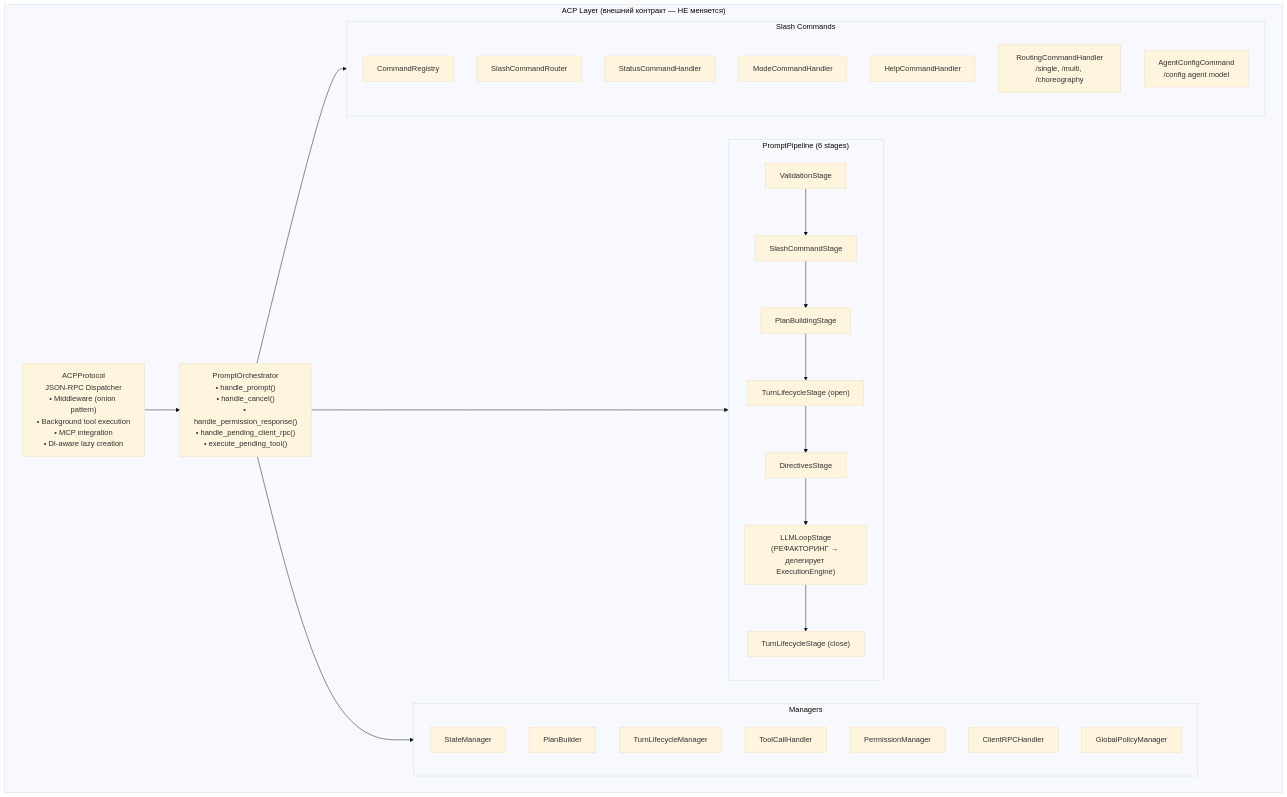
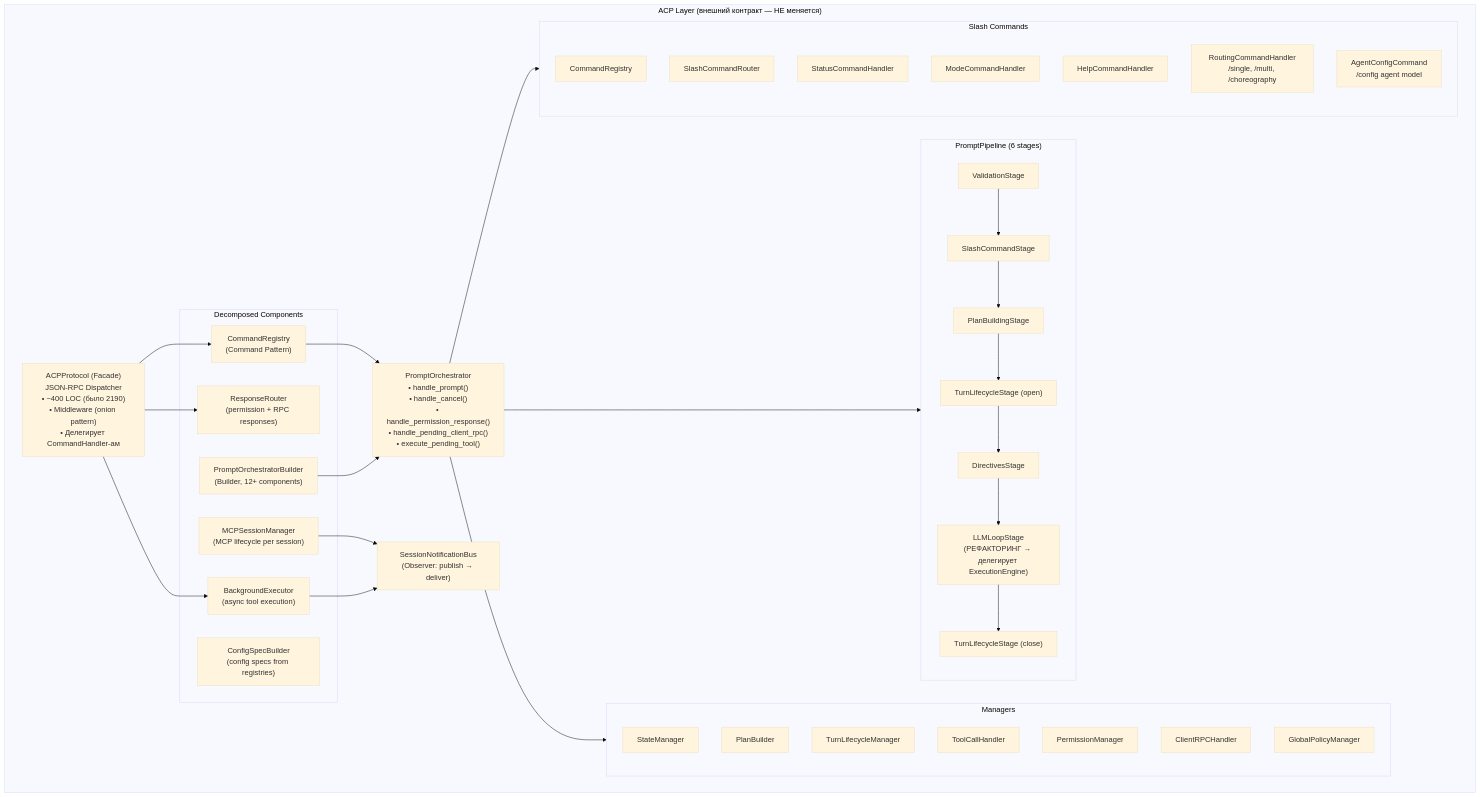
The fourth of 19 diagrams in doc/internals/architecture/FULL_ARCHITECTURE.md (pese-git/codelab-agent), drawn with Mermaid (base theme) before and after one commit. The commit also changed other lines of this file and 7 other files, not shown here.

````diff
--- a/doc/internals/architecture/FULL_ARCHITECTURE.md
+++ b/doc/internals/architecture/FULL_ARCHITECTURE.md
@@ -294,44 +311,61 @@
 ```mermaid
 flowchart TB
     subgraph ACP_Layer["ACP Layer (внешний контракт — НЕ меняется)"]
-        ACP_Protocol["ACPProtocol\nJSON-RPC Dispatcher\n• Middleware (onion pattern)\n• Background tool execution\n• MCP integration\n• DI-aware lazy creation"]
+        ACP_Protocol["ACPProtocol (Facade)\nJSON-RPC Dispatcher\n• ~400 LOC (было 2190)\n• Middleware (onion pattern)\n• Делегирует CommandHandler-ам"]
+        
+        subgraph Decomposed["Decomposed Components"]
+            CmdReg2["CommandRegistry\n(Command Pattern)"]
+            RespRouter2["ResponseRouter\n(permission + RPC responses)"]
+            BgExec2["BackgroundExecutor\n(async tool execution)"]
+            MCPSessMgr["MCPSessionManager\n(MCP lifecycle per session)"]
+            ConfigSpec2["ConfigSpecBuilder\n(config specs from registries)"]
+            OrchBuilder2["PromptOrchestratorBuilder\n(Builder, 12+ components)"]
+        end
+        
+        NotifBus2["SessionNotificationBus\n(Observer: publish → deliver)"]
         
         Prompt_Orch["PromptOrchestrator\n• handle_prompt()\n• handle_cancel()\n• handle_permission_response()\n• handle_pending_client_rpc()\n• execute_pending_tool()"]
         
         subgraph Pipeline["PromptPipeline (6 stages)"]
             V["ValidationStage"]
             S["SlashCommandStage"]
             P["PlanBuildingStage"]
             T1["TurnLifecycleStage (open)"]
             D["DirectivesStage"]
             L["LLMLoopStage\n(РЕФАКТОРИНГ → делегирует ExecutionEngine)"]
             T2["TurnLifecycleStage (close)"]
         end
         
         subgraph Managers["Managers"]
             SM["StateManager"]
             PB["PlanBuilder"]
             TLC["TurnLifecycleManager"]
             TCH["ToolCallHandler"]
             PM["PermissionManager"]
             CRH["ClientRPCHandler"]
             GPM["GlobalPolicyManager"]
         end
         
         subgraph SlashCommands["Slash Commands"]
             CR["CommandRegistry"]
             SR["SlashCommandRouter"]
             Status["StatusCommandHandler"]
             Mode["ModeCommandHandler"]
             Help["HelpCommandHandler"]
             Routing["RoutingCommandHandler\n/single, /multi, /choreography"]
             AgentConfig["AgentConfigCommand\n/config agent <name> model <ref>"]
         end
     end
     
-    ACP_Protocol --> Prompt_Orch
+    ACP_Protocol --> CmdReg2
+    ACP_Protocol --> RespRouter2
+    ACP_Protocol --> BgExec2
+    CmdReg2 --> Prompt_Orch
+    MCPSessMgr --> NotifBus2
+    BgExec2 --> NotifBus2
+    OrchBuilder2 --> Prompt_Orch
     Prompt_Orch --> Pipeline
     V --> S --> P --> T1 --> D --> L --> T2
     Prompt_Orch --> Managers
     Prompt_Orch --> SlashCommands
 ```
````
